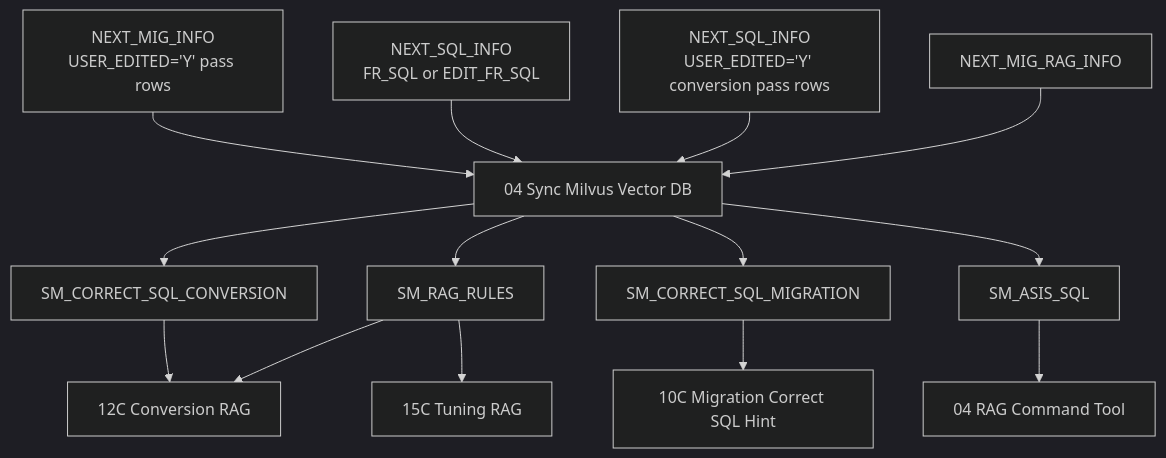
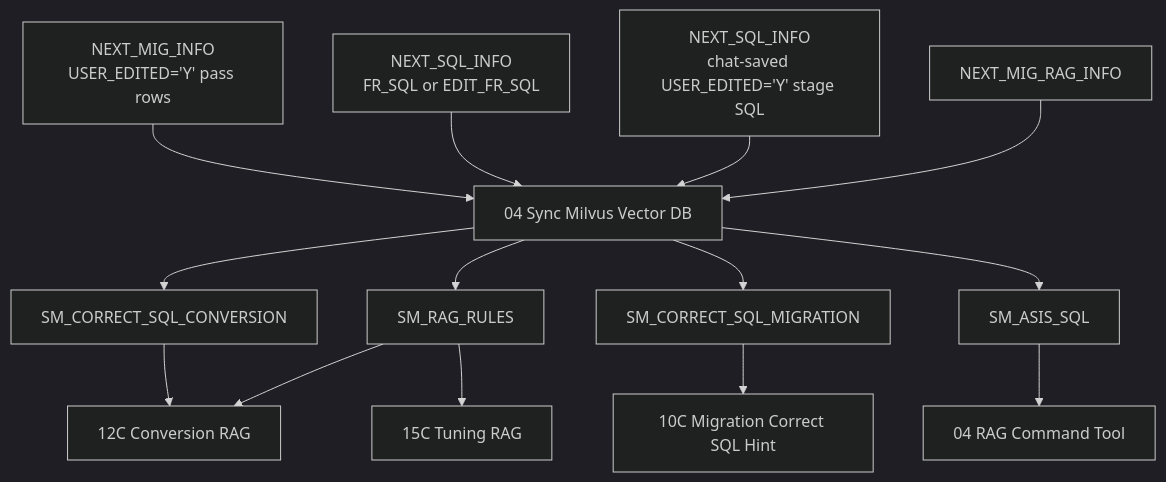
Before and after one commit to seongikjin227-jpg/refactoring_smartMigrate: the second of 3 diagrams in smartMigrate_2.0_Langflow/00_guide/00_architecture_chapter1_overview.md, drawn with Mermaid (dark theme). The commit also changed other lines of this file and 28 other files, not shown here.

Commit message:
feat : status로 stage 나눔, retrycount로 작업 대상 필터, correct sql 고도화 로직 추가

````diff
--- a/smartMigrate_2.0_Langflow/00_guide/00_architecture_chapter1_overview.md
+++ b/smartMigrate_2.0_Langflow/00_guide/00_architecture_chapter1_overview.md
@@ -83,16 +83,16 @@
 ```mermaid
 flowchart TD
     ORACLE_RAG[NEXT_MIG_RAG_INFO] --> B00[04 Sync Milvus Vector DB]
-    ORACLE_CONV[NEXT_SQL_INFO<br/>USER_EDITED='Y' conversion pass rows] --> B00
+    ORACLE_CONV[NEXT_SQL_INFO<br/>chat-saved USER_EDITED='Y' stage SQL] --> B00
     ORACLE_ASIS[NEXT_SQL_INFO<br/>FR_SQL or EDIT_FR_SQL] --> B00
     ORACLE_MIG[NEXT_MIG_INFO<br/>USER_EDITED='Y' pass rows] --> B00
     B00 --> MRAG[SM_RAG_RULES]
     B00 --> MCONV[SM_CORRECT_SQL_CONVERSION]
     B00 --> MMIG[SM_CORRECT_SQL_MIGRATION]
     B00 --> MASIS[SM_ASIS_SQL]
     MRAG --> C12[12C Conversion RAG]
     MRAG --> C15[15C Tuning RAG]
     MCONV --> C12
     MMIG --> C10[10C Migration Correct SQL Hint]
     MASIS --> R04[04 RAG Command Tool]
 ```
````
